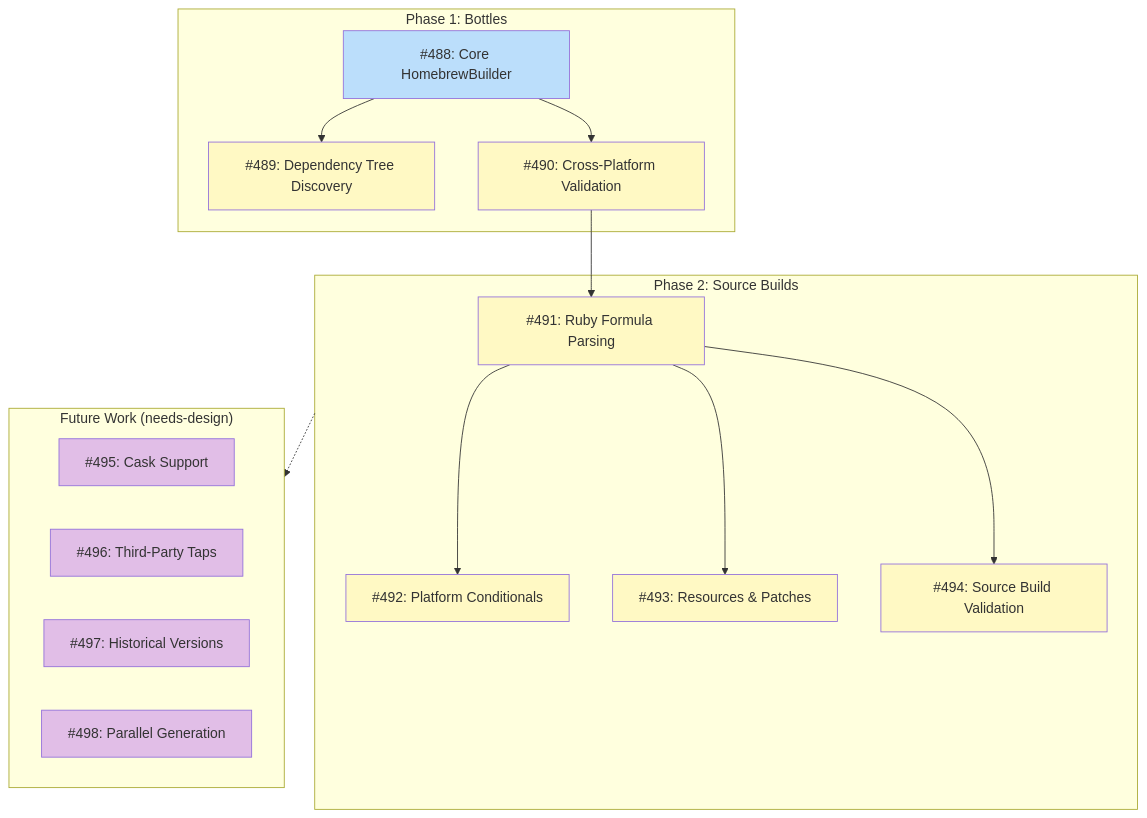
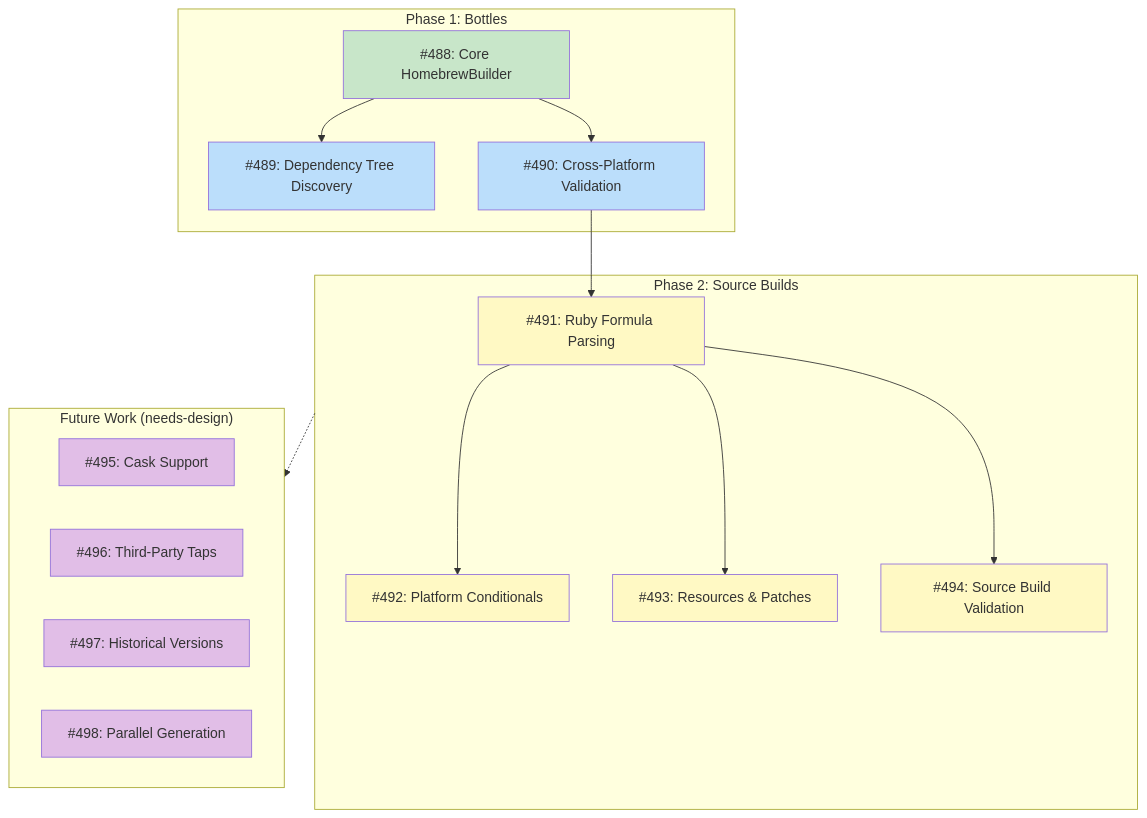
Before and after one commit to tsukumogami/tsuku: the diagram in docs/DESIGN-homebrew-builder.md, drawn with Mermaid. The commit also changed 2 other files, not shown here.

Commit message:
feat(builders): implement HomebrewBuilder with LLM bottle inspection (#500)
## Summary
- Add `internal/builders/homebrew.go` implementing the Builder interface
- LLM conversation with tool-use protocol generates platform-agnostic
recipes
- Three tools: `fetch_formula_json`, `inspect_bottle`, `extract_recipe`
- Recipes use `homebrew_bottle` action for runtime platform detection

## Implementation
- `CanBuild()` queries Homebrew JSON API to check formula availability
- `Build()` runs LLM conversation following the GitHubReleaseBuilder
pattern
- Security controls: formula name validation, URL allowlist, input
sanitization
- Schema enforcement: LLM output excludes checksums (obtained from GHCR
at runtime)

## Test coverage
- 21 unit tests covering all public methods and error paths
- Mock HTTP servers for API testing
- Validation of security controls (injection prevention)

Fixes #488

````diff
--- a/docs/DESIGN-homebrew-builder.md
+++ b/docs/DESIGN-homebrew-builder.md
@@ -11,39 +11,40 @@
 ```mermaid
 graph TD
     subgraph Phase1["Phase 1: Bottles"]
         A488["#488: Core HomebrewBuilder"]
         A489["#489: Dependency Tree Discovery"]
         A490["#490: Cross-Platform Validation"]
     end
 
     subgraph Phase2["Phase 2: Source Builds"]
         A491["#491: Ruby Formula Parsing"]
         A492["#492: Platform Conditionals"]
         A493["#493: Resources & Patches"]
         A494["#494: Source Build Validation"]
     end
 
     subgraph Future["Future Work (needs-design)"]
         A495["#495: Cask Support"]
         A496["#496: Third-Party Taps"]
         A497["#497: Historical Versions"]
         A498["#498: Parallel Generation"]
     end
 
     A488 --> A489
     A488 --> A490
     A490 --> A491
     A491 --> A492
     A491 --> A493
     A491 --> A494
     Phase2 -.-> Future
 
     classDef done fill:#c8e6c9
     classDef ready fill:#bbdefb
     classDef blocked fill:#fff9c4
     classDef needsDesign fill:#e1bee7
 
-    class A488 ready
-    class A489,A490,A491,A492,A493,A494 blocked
+    class A488 done
+    class A489,A490 ready
+    class A491,A492,A493,A494 blocked
     class A495,A496,A497,A498 needsDesign
 ```
````
